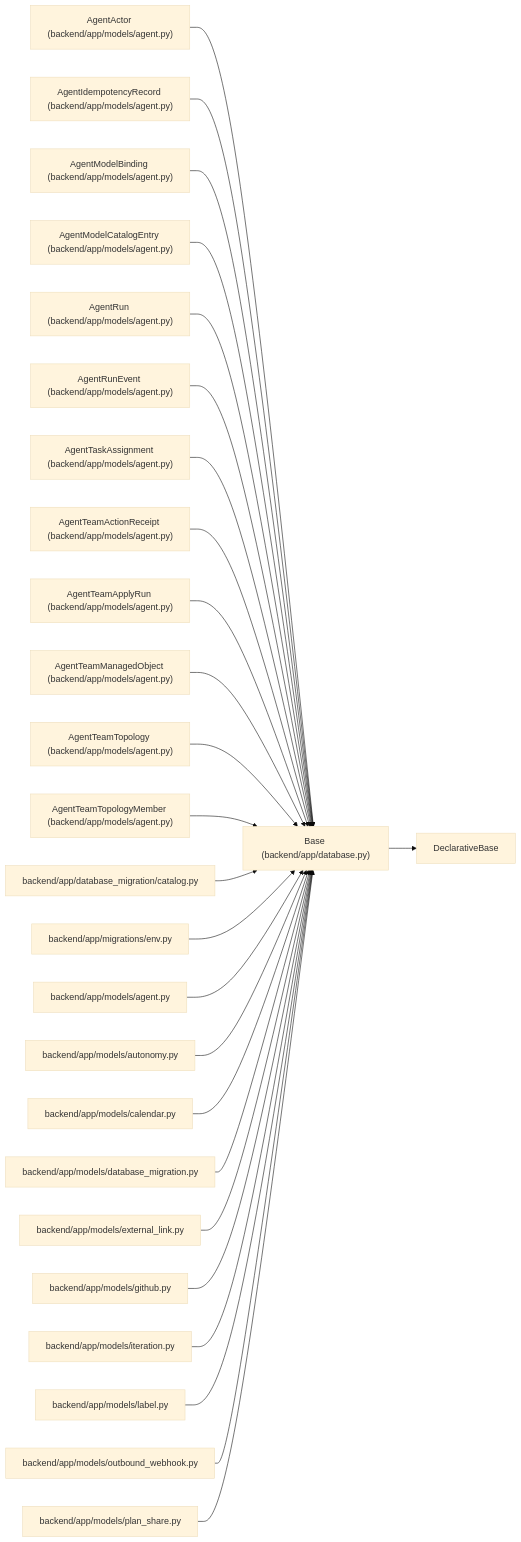
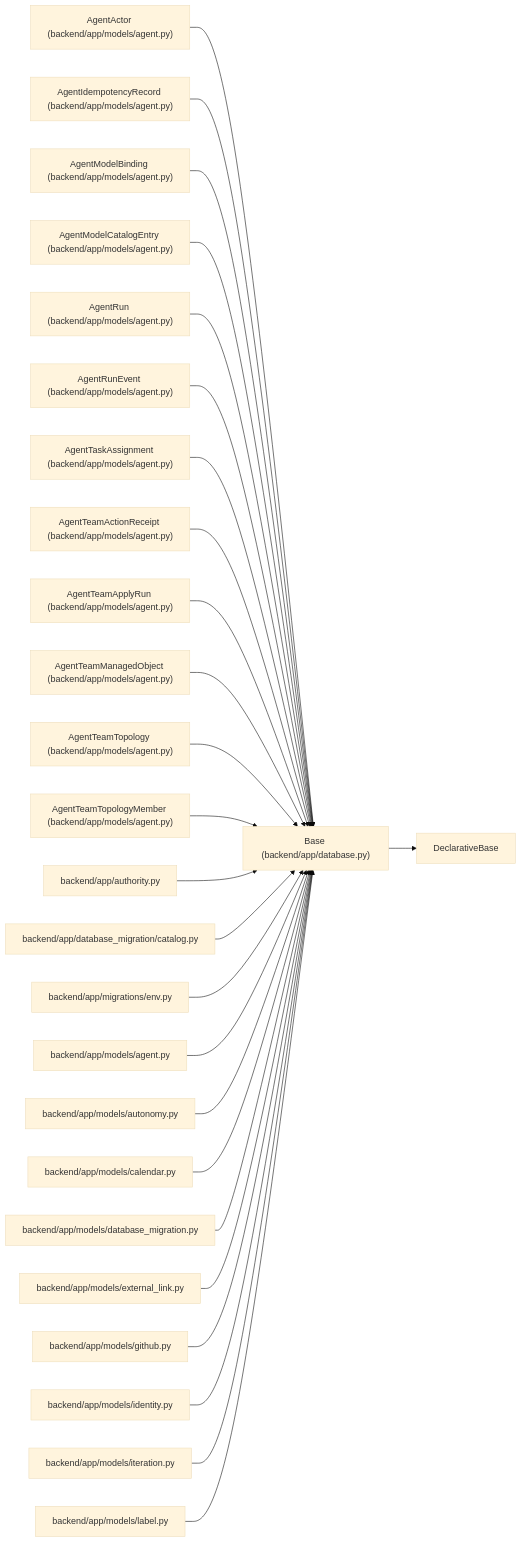
The diagram in docs/llm_wiki/entities/Base.md (Denissvgn/WorkChord), drawn with Mermaid (base theme) before and after one commit. The commit also changed other lines of this file and 958 other files, not shown here.

First line of the commit message:
docs(wiki): refresh identity and recovery architecture

````diff
--- a/docs/llm_wiki/entities/Base.md
+++ b/docs/llm_wiki/entities/Base.md
@@ -23,79 +23,79 @@
 ```mermaid
 flowchart LR
     n0["Base (backend/app/database.py)"]
     n1["DeclarativeBase"]
     n2["AgentActor (backend/app/models/agent.py)"]
     n3["AgentIdempotencyRecord (backend/app/models/agent.py)"]
     n4["AgentModelBinding (backend/app/models/agent.py)"]
     n5["AgentModelCatalogEntry (backend/app/models/agent.py)"]
     n6["AgentRun (backend/app/models/agent.py)"]
     n7["AgentRunEvent (backend/app/models/agent.py)"]
     n8["AgentTaskAssignment (backend/app/models/agent.py)"]
     n9["AgentTeamActionReceipt (backend/app/models/agent.py)"]
     n10["AgentTeamApplyRun (backend/app/models/agent.py)"]
     n11["AgentTeamManagedObject (backend/app/models/agent.py)"]
     n12["AgentTeamTopology (backend/app/models/agent.py)"]
     n13["AgentTeamTopologyMember (backend/app/models/agent.py)"]
-    n14["backend/app/database_migration/catalog.py"]
-    n15["backend/app/migrations/env.py"]
-    n16["backend/app/models/agent.py"]
-    n17["backend/app/models/autonomy.py"]
-    n18["backend/app/models/calendar.py"]
-    n19["backend/app/models/database_migration.py"]
-    n20["backend/app/models/external_link.py"]
-    n21["backend/app/models/github.py"]
-    n22["backend/app/models/iteration.py"]
-    n23["backend/app/models/label.py"]
-    n24["backend/app/models/outbound_webhook.py"]
-    n25["backend/app/models/plan_share.py"]
+    n14["backend/app/authority.py"]
+    n15["backend/app/database_migration/catalog.py"]
+    n16["backend/app/migrations/env.py"]
+    n17["backend/app/models/agent.py"]
+    n18["backend/app/models/autonomy.py"]
+    n19["backend/app/models/calendar.py"]
+    n20["backend/app/models/database_migration.py"]
+    n21["backend/app/models/external_link.py"]
+    n22["backend/app/models/github.py"]
+    n23["backend/app/models/identity.py"]
+    n24["backend/app/models/iteration.py"]
+    n25["backend/app/models/label.py"]
     n0 --> n1
     n2 --> n0
     n3 --> n0
     n4 --> n0
     n5 --> n0
     n6 --> n0
     n7 --> n0
     n8 --> n0
     n9 --> n0
     n10 --> n0
     n11 --> n0
     n12 --> n0
     n13 --> n0
     n14 --> n0
     n15 --> n0
     n16 --> n0
     n17 --> n0
     n18 --> n0
     n19 --> n0
     n20 --> n0
     n21 --> n0
     n22 --> n0
     n23 --> n0
     n24 --> n0
     n25 --> n0
     click n0 "../modules/app_database.md"
     click n2 "../modules/models_agent.md"
     click n3 "../modules/models_agent.md"
     click n4 "../modules/models_agent.md"
     click n5 "../modules/models_agent.md"
     click n6 "../modules/models_agent.md"
     click n7 "../modules/models_agent.md"
     click n8 "../modules/models_agent.md"
     click n9 "../modules/models_agent.md"
     click n10 "../modules/models_agent.md"
     click n11 "../modules/models_agent.md"
     click n12 "../modules/models_agent.md"
     click n13 "../modules/models_agent.md"
-    click n14 "../modules/catalog.md"
-    click n15 "../modules/migrations_env.md"
-    click n16 "../modules/models_agent.md"
-    click n17 "../modules/models_autonomy.md"
-    click n18 "../modules/models_calendar.md"
-    click n19 "../modules/models_database_migration.md"
-    click n20 "../modules/models_external_link.md"
-    click n21 "../modules/models_github.md"
-    click n22 "../modules/models_iteration.md"
-    click n23 "../modules/models_label.md"
-    click n24 "../modules/models_outbound_webhook.md"
-    click n25 "../modules/models_plan_share.md"
+    click n14 "../modules/authority.md"
+    click n15 "../modules/catalog.md"
+    click n16 "../modules/migrations_env.md"
+    click n17 "../modules/models_agent.md"
+    click n18 "../modules/models_autonomy.md"
+    click n19 "../modules/models_calendar.md"
+    click n20 "../modules/models_database_migration.md"
+    click n21 "../modules/models_external_link.md"
+    click n22 "../modules/models_github.md"
+    click n23 "../modules/models_identity.md"
+    click n24 "../modules/models_iteration.md"
+    click n25 "../modules/models_label.md"
 ```
````
